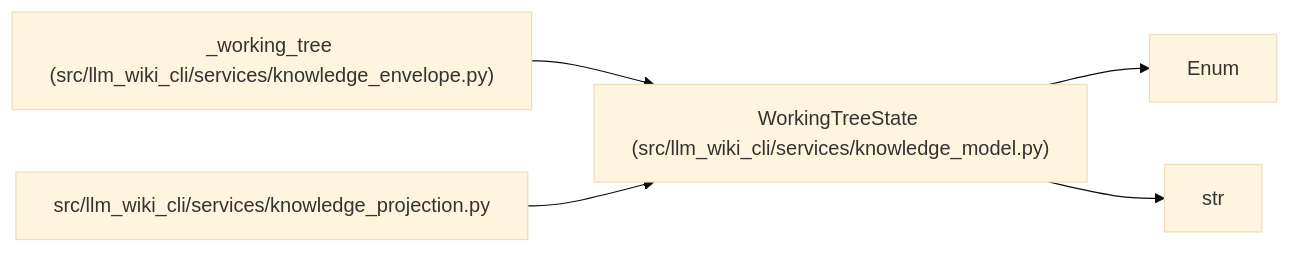
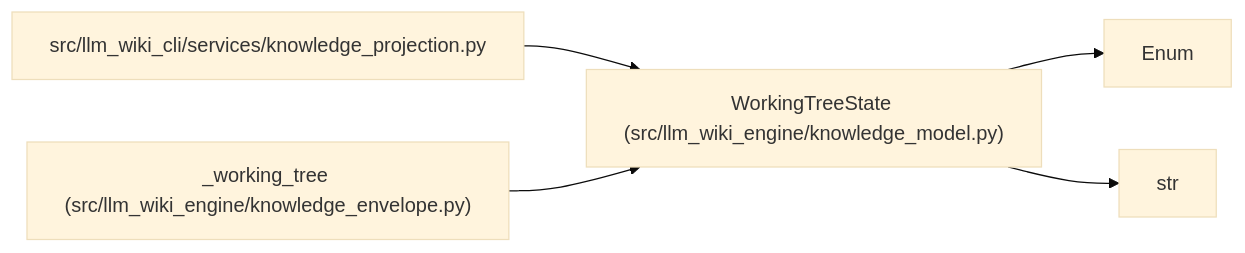
The diagram in docs/llm_wiki/entities/WorkingTreeState.md (Denissvgn/python-wiki-llm), drawn with Mermaid (base theme) before and after one commit. The commit also changed other lines of this file and 1058 other files, not shown here.

First line of the commit message:
docs: refresh the wiki for the knowledge store move

````diff
--- a/docs/llm_wiki/entities/WorkingTreeState.md
+++ b/docs/llm_wiki/entities/WorkingTreeState.md
@@ -27,15 +27,15 @@
 ```mermaid
 flowchart LR
-    n0["WorkingTreeState (src/llm_wiki_cli/services/knowledge_model.py)"]
+    n0["WorkingTreeState (src/llm_wiki_engine/knowledge_model.py)"]
     n1["Enum"]
     n2["str"]
-    n3["_working_tree (src/llm_wiki_cli/services/knowledge_envelope.py)"]
-    n4["src/llm_wiki_cli/services/knowledge_projection.py"]
+    n3["src/llm_wiki_cli/services/knowledge_projection.py"]
+    n4["_working_tree (src/llm_wiki_engine/knowledge_envelope.py)"]
     n0 --> n1
     n0 --> n2
     n3 --> n0
     n4 --> n0
     click n0 "../modules/knowledge_model.md"
-    click n3 "../modules/knowledge_envelope.md"
-    click n4 "../modules/knowledge_projection.md"
+    click n3 "../modules/knowledge_projection.md"
+    click n4 "../modules/knowledge_envelope.md"
 ```
````
